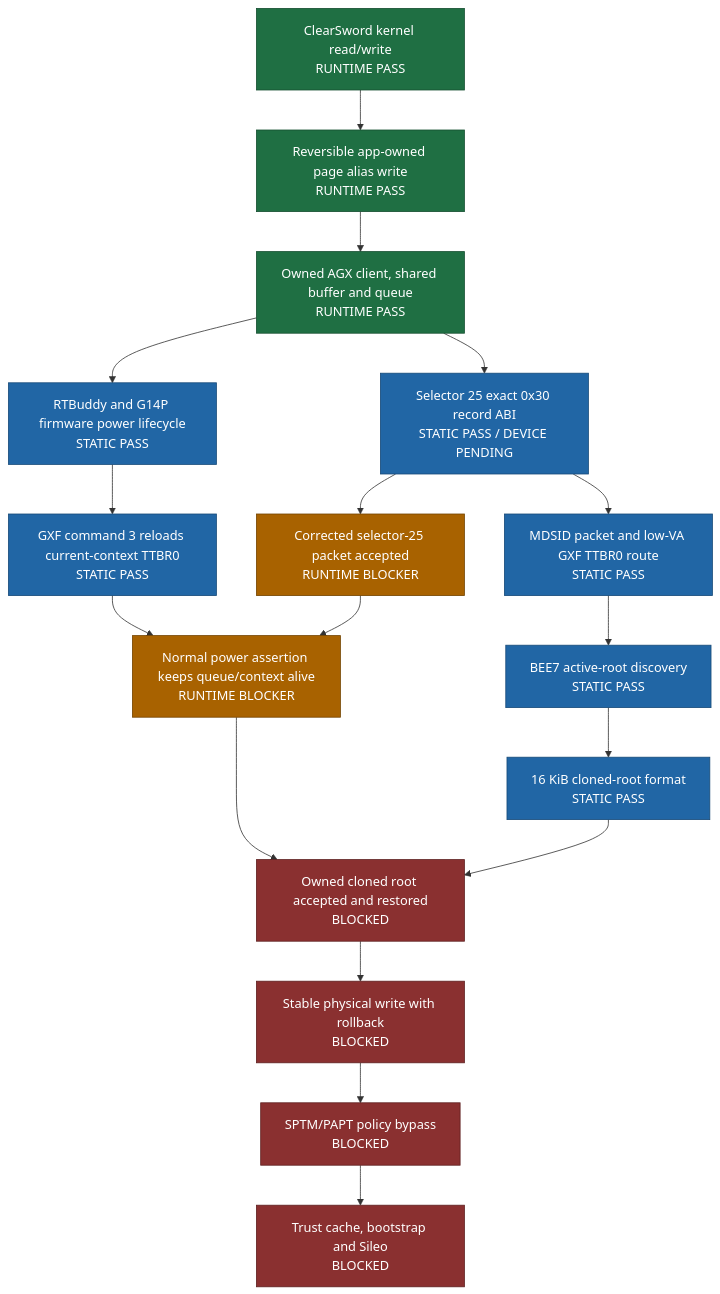
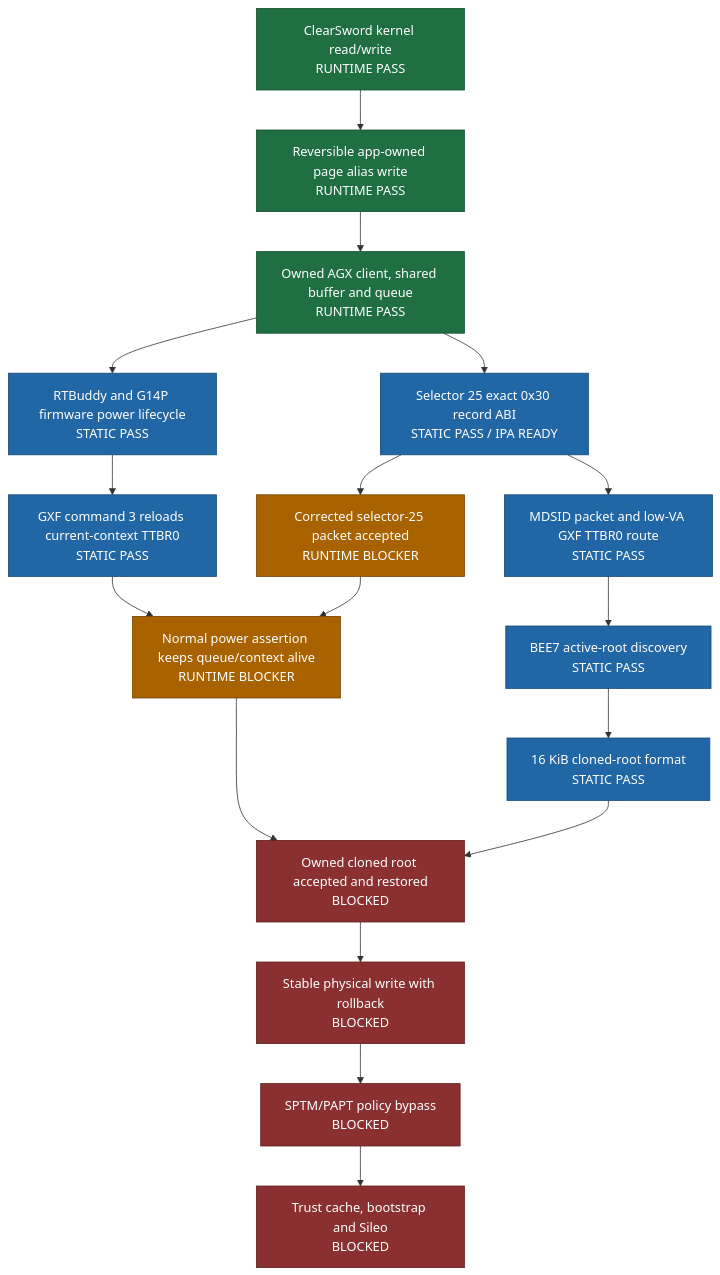
One commit to Philiphall6/Dopamine-private changed the diagram in README.md. Above: the diagram before and after it, drawn with Mermaid. The commit also changed other lines of this file and 1 other file, not shown here.

Commit message:
Record verified private AGX ABI probe build

````diff
--- a/README.md
+++ b/README.md
@@ -22,33 +22,33 @@
 ```mermaid
 flowchart TD
     A[ClearSword kernel read/write<br/>RUNTIME PASS]
     B[Reversible app-owned page alias write<br/>RUNTIME PASS]
     C[Owned AGX client, shared buffer and queue<br/>RUNTIME PASS]
-    D[Selector 25 exact 0x30 record ABI<br/>STATIC PASS / DEVICE PENDING]
+    D[Selector 25 exact 0x30 record ABI<br/>STATIC PASS / IPA READY]
     E[MDSID packet and low-VA GXF TTBR0 route<br/>STATIC PASS]
     F[BEE7 active-root discovery<br/>STATIC PASS]
     G[16 KiB cloned-root format<br/>STATIC PASS]
     H[RTBuddy and G14P firmware power lifecycle<br/>STATIC PASS]
     I[GXF command 3 reloads current-context TTBR0<br/>STATIC PASS]
     J[Corrected selector-25 packet accepted<br/>RUNTIME BLOCKER]
     K[Normal power assertion keeps queue/context alive<br/>RUNTIME BLOCKER]
     L[Owned cloned root accepted and restored<br/>BLOCKED]
     M[Stable physical write with rollback<br/>BLOCKED]
     N[SPTM/PAPT policy bypass<br/>BLOCKED]
     O[Trust cache, bootstrap and Sileo<br/>BLOCKED]
 
     A --> B --> C --> D --> J
     C --> H --> I --> K
     D --> E --> F --> G
     J --> K --> L --> M --> N --> O
     G --> L
 
     classDef runtime fill:#1f6f43,color:#fff,stroke:#164f31
     classDef static fill:#2166a5,color:#fff,stroke:#174a78
     classDef pending fill:#a86200,color:#fff,stroke:#744400
     classDef blocked fill:#8a3030,color:#fff,stroke:#5e2020
     class A,B,C runtime
     class D,E,F,G,H,I static
     class J,K pending
     class L,M,N,O blocked
 ```
````
